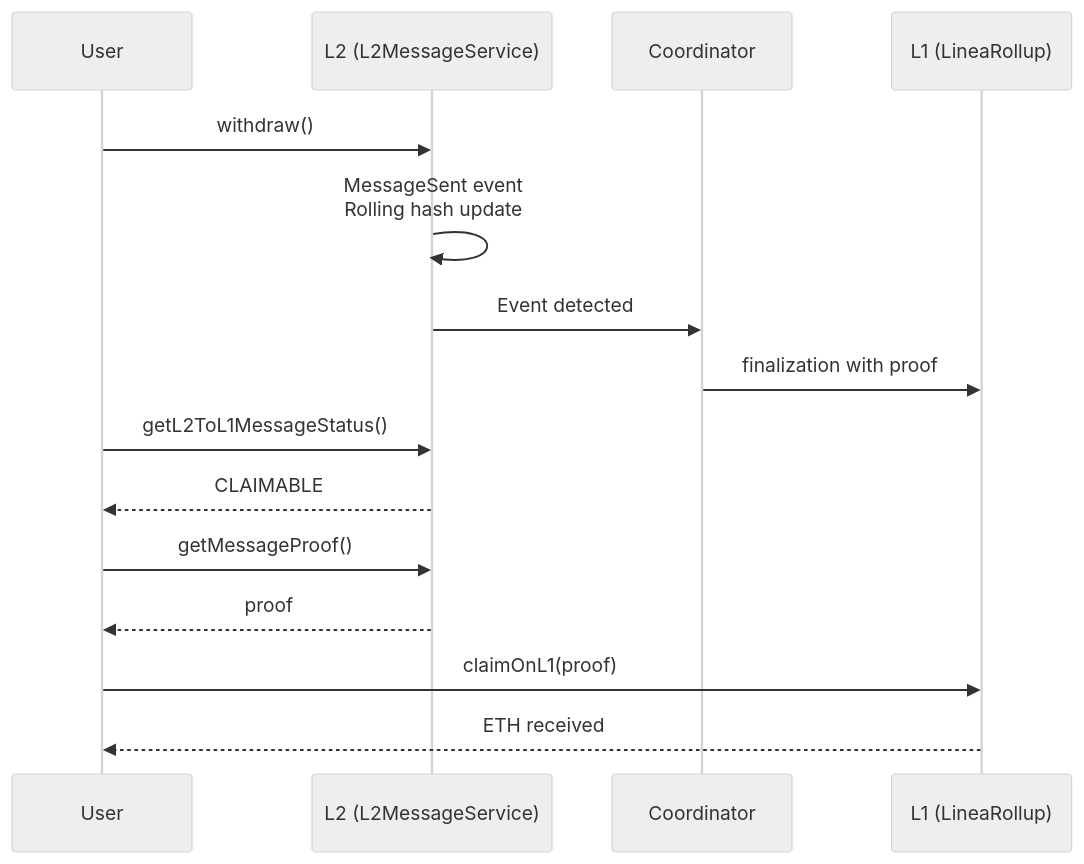
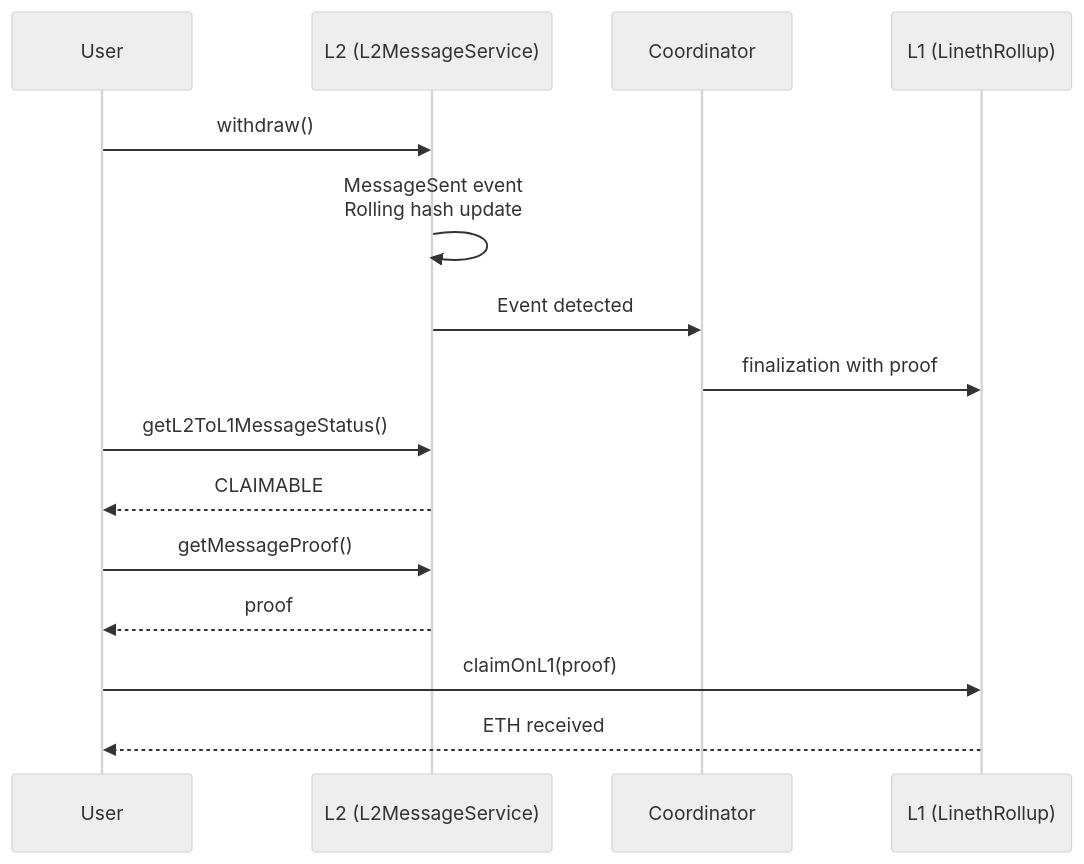
The diagram in docs/tech/diagrams/l2-to-l1-withdrawal-flow.mmd (LFDT-Lineth/lineth-monorepo), drawn with Mermaid (neutral theme) before and after one commit. The commit also changed 248 other files, not shown here.

First line of the commit message:
chore(contracts): rename LineaRollup to LinethRollup

```diff
--- a/docs/tech/diagrams/l2-to-l1-withdrawal-flow.mmd
+++ b/docs/tech/diagrams/l2-to-l1-withdrawal-flow.mmd
@@ -1,17 +1,17 @@
 %% L2 to L1 Withdrawal Flow (SDK)
 sequenceDiagram
     participant User
     participant L2 as L2 (L2MessageService)
     participant Coord as Coordinator
-    participant L1 as L1 (LineaRollup)
+    participant L1 as L1 (LinethRollup)
 
     User->>L2: withdraw()
     L2->>L2: MessageSent event<br/>Rolling hash update
     L2->>Coord: Event detected
     Coord->>L1: finalization with proof
     User->>L2: getL2ToL1MessageStatus()
     L2-->>User: CLAIMABLE
     User->>L2: getMessageProof()
     L2-->>User: proof
     User->>L1: claimOnL1(proof)
     L1-->>User: ETH received
```
